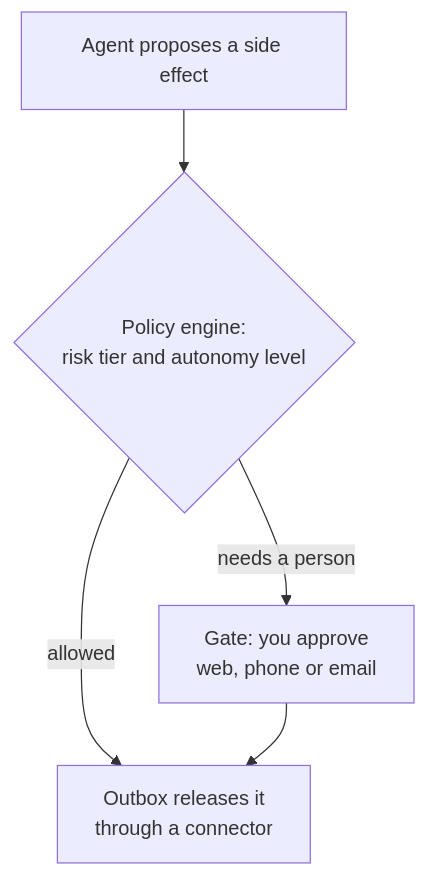
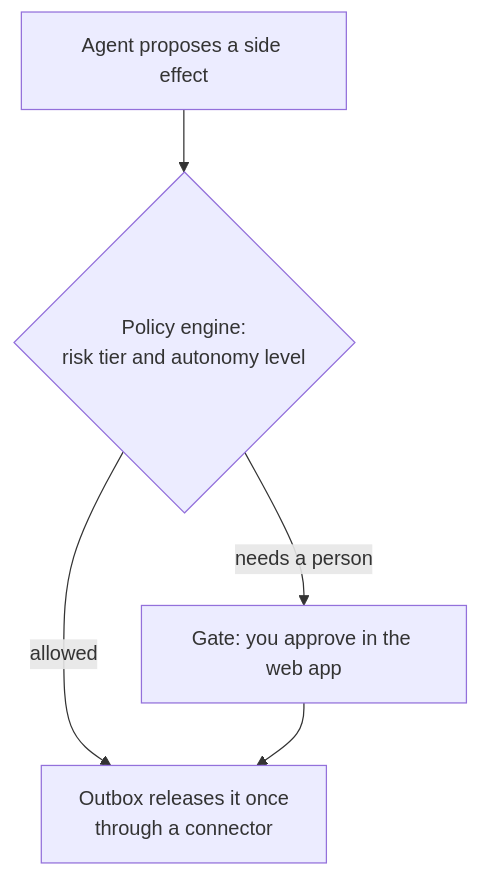
Before and after one commit to spark-456/tilo: the first of 2 diagrams in README.md, drawn with Mermaid. The commit also changed other lines of this file and 57 other files, not shown here.

First line of the commit message:
Sync main with demo-sup cc18b72f (docs refresh: README, ARCHITECTURE, REVIEWER-GUIDE, per-service READMEs)

````diff
--- a/README.md
+++ b/README.md
@@ -104,7 +116,7 @@
 ```mermaid
 flowchart TB
     A["Agent proposes a side effect"] --> P{"Policy engine:<br/>risk tier and autonomy level"}
-    P -->|"needs a person"| G["Gate: you approve<br/>web, phone or email"]
-    P -->|"allowed"| O["Outbox releases it<br/>through a connector"]
+    P -->|"needs a person"| G["Gate: you approve in the web app"]
+    P -->|"allowed"| O["Outbox releases it once<br/>through a connector"]
     G --> O
 ```
````
